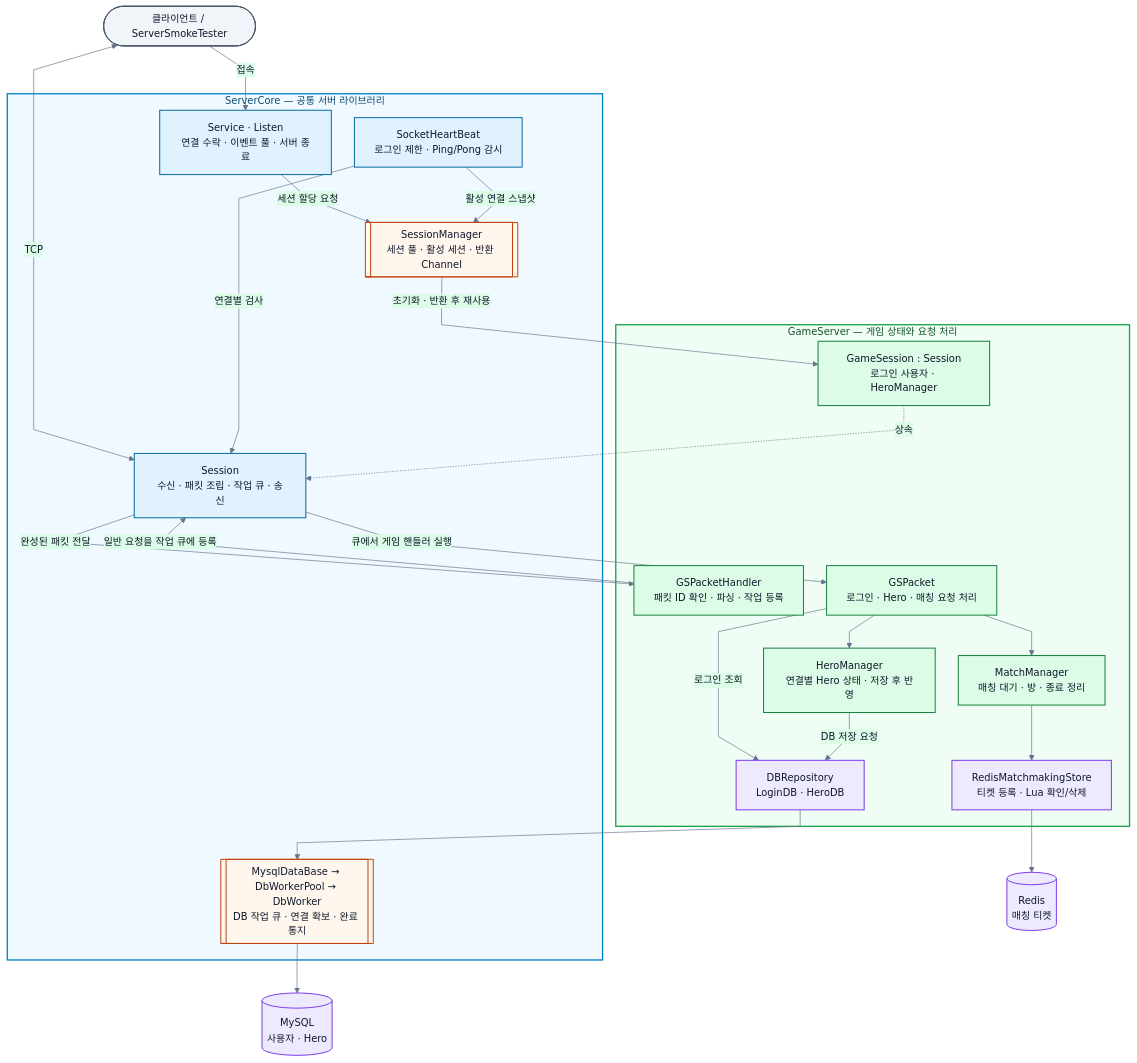
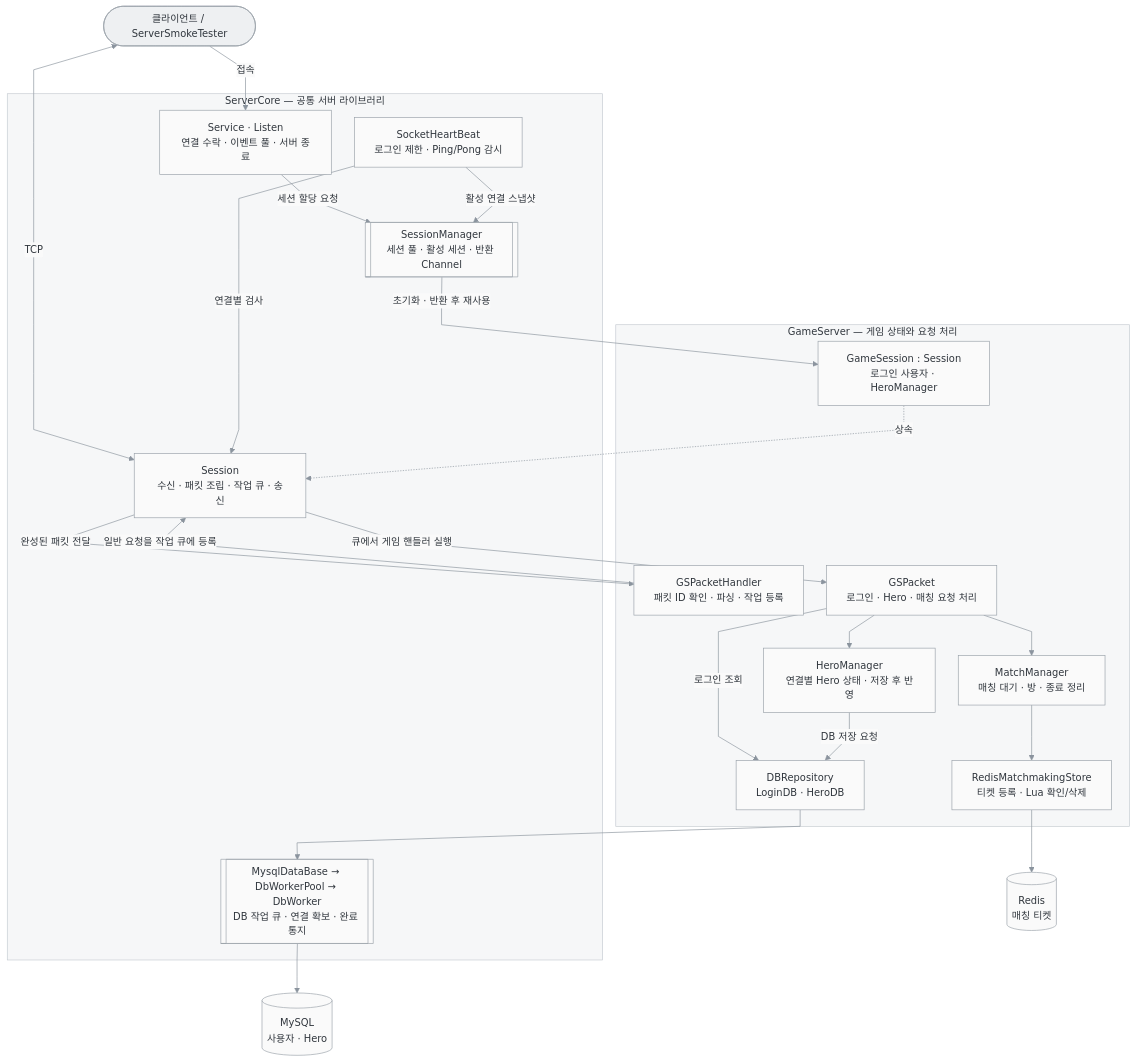
One commit to GodDongjin/CSharpServer_Portfolio changed the diagram in README.md. Above: the diagram before and after it, drawn with Mermaid. The commit also changed other lines of this file, not shown here.

Commit message:
docs: use restrained neutral diagram styling

````diff
--- a/README.md
+++ b/README.md
@@ -13,55 +13,55 @@
 ```mermaid
-%%{init: {"theme": "base", "themeVariables": {"fontFamily": "Segoe UI, Malgun Gothic, sans-serif", "fontSize": "15px", "primaryColor": "#e0f2fe", "primaryTextColor": "#0f172a", "primaryBorderColor": "#0369a1", "lineColor": "#64748b", "secondaryColor": "#dcfce7", "tertiaryColor": "#f8fafc", "textColor": "#0f172a", "actorBkg": "#e0f2fe", "actorBorder": "#0369a1", "actorTextColor": "#0f172a", "signalColor": "#475569", "signalTextColor": "#0f172a", "noteBkgColor": "#fef3c7", "noteTextColor": "#0f172a", "noteBorderColor": "#a16207", "labelBoxBkgColor": "#f1f5f9", "labelTextColor": "#0f172a"}, "flowchart": {"curve": "linear", "nodeSpacing": 35, "rankSpacing": 50}, "sequence": {"mirrorActors": false, "actorMargin": 35, "messageMargin": 30}}}%%
+%%{init: {"theme": "base", "themeVariables": {"fontFamily": "Segoe UI, Malgun Gothic, sans-serif", "fontSize": "15px", "primaryColor": "#fafafa", "primaryTextColor": "#30363d", "primaryBorderColor": "#8b949e", "lineColor": "#8b949e", "secondaryColor": "#f2f3f4", "tertiaryColor": "#fafafa", "textColor": "#30363d", "actorBkg": "#f6f7f8", "actorBorder": "#8b949e", "actorTextColor": "#30363d", "signalColor": "#8b949e", "signalTextColor": "#30363d", "noteBkgColor": "#f6f7f8", "noteTextColor": "#30363d", "noteBorderColor": "#8b949e", "labelBoxBkgColor": "#f6f7f8", "labelTextColor": "#30363d", "clusterBkg": "#f6f7f8", "clusterBorder": "#c5cbd1", "edgeLabelBackground": "#fafafa", "activationBkgColor": "#e6e8eb", "activationBorderColor": "#8b949e", "sequenceNumberColor": "#ffffff"}, "flowchart": {"curve": "linear", "nodeSpacing": 35, "rankSpacing": 50}, "sequence": {"mirrorActors": false, "actorMargin": 35, "messageMargin": 30}}}%%
 flowchart TB
     Client(["클라이언트 / ServerSmokeTester"])
     subgraph Core["ServerCore — 공통 서버 라이브러리"]
         Service["Service · Listen<br/>연결 수락 · 이벤트 풀 · 서버 종료"]
         Manager[["SessionManager<br/>세션 풀 · 활성 세션 · 반환 Channel"]]
         Session["Session<br/>수신 · 패킷 조립 · 작업 큐 · 송신"]
         Heartbeat["SocketHeartBeat<br/>로그인 제한 · Ping/Pong 감시"]
         DB[["MysqlDataBase → DbWorkerPool → DbWorker<br/>DB 작업 큐 · 연결 확보 · 완료 통지"]]
     end
     subgraph Game["GameServer — 게임 상태와 요청 처리"]
         GameSession["GameSession : Session<br/>로그인 사용자 · HeroManager"]
         Handler["GSPacketHandler<br/>패킷 ID 확인 · 파싱 · 작업 등록"]
         Packet["GSPacket<br/>로그인 · Hero · 매칭 요청 처리"]
         Hero["HeroManager<br/>연결별 Hero 상태 · 저장 후 반영"]
         Repo["DBRepository<br/>LoginDB · HeroDB"]
         Match["MatchManager<br/>매칭 대기 · 방 · 종료 정리"]
         Store["RedisMatchmakingStore<br/>티켓 등록 · Lua 확인/삭제"]
     end
     MySQL[("MySQL<br/>사용자 · Hero")]
     Redis[("Redis<br/>매칭 티켓")]
     Client -->|접속| Service
     Service -->|세션 할당 요청| Manager
     Manager -->|초기화 · 반환 후 재사용| GameSession
     GameSession -.->|상속| Session
     Client <-->|TCP| Session
     Heartbeat -->|활성 연결 스냅샷| Manager
     Heartbeat -->|연결별 검사| Session
     Session -->|완성된 패킷 전달| Handler
     Handler -->|일반 요청을 작업 큐에 등록| Session
     Session -->|큐에서 게임 핸들러 실행| Packet
     Packet --> Hero
     Packet -->|로그인 조회| Repo
     Hero -->|DB 저장 요청| Repo
     Repo --> DB
     DB --> MySQL
     Packet --> Match
     Match --> Store
     Store --> Redis
-    classDef network fill:#e0f2fe,stroke:#0369a1,color:#0f172a,stroke-width:1.5px
-    classDef game fill:#dcfce7,stroke:#15803d,color:#0f172a,stroke-width:1.5px
-    classDef storage fill:#ede9fe,stroke:#7c3aed,color:#0f172a,stroke-width:1.5px
-    classDef queue fill:#fff7ed,stroke:#c2410c,color:#0f172a,stroke-width:1.5px
-    classDef decision fill:#fef3c7,stroke:#a16207,color:#0f172a,stroke-width:1.5px
-    classDef error fill:#fee2e2,stroke:#b91c1c,color:#0f172a,stroke-width:1.5px
-    classDef terminal fill:#f1f5f9,stroke:#475569,color:#0f172a,stroke-width:1.5px
+    classDef network fill:#fafafa,stroke:#9aa2aa,color:#30363d,stroke-width:1px
+    classDef game fill:#fafafa,stroke:#9aa2aa,color:#30363d,stroke-width:1px
+    classDef storage fill:#fafafa,stroke:#9aa2aa,color:#30363d,stroke-width:1px
+    classDef queue fill:#fafafa,stroke:#9aa2aa,color:#30363d,stroke-width:1px
+    classDef decision fill:#eef0f2,stroke:#9aa2aa,color:#30363d,stroke-width:1px
+    classDef error fill:#fafafa,stroke:#9aa2aa,color:#30363d,stroke-width:1px
+    classDef terminal fill:#eef0f2,stroke:#9aa2aa,color:#30363d,stroke-width:1px
     class Service,Session,Heartbeat network
     class GameSession,Handler,Packet,Hero,Match game
     class Repo,Store,MySQL,Redis storage
     class Manager,DB queue
     class Client terminal
-    style Core fill:#f0f9ff,stroke:#0284c7,stroke-width:2px,color:#0c4a6e
-    style Game fill:#f0fdf4,stroke:#16a34a,stroke-width:2px,color:#14532d
+    style Core fill:#f6f7f8,stroke:#c5cbd1,stroke-width:1px,color:#30363d
+    style Game fill:#f6f7f8,stroke:#c5cbd1,stroke-width:1px,color:#30363d
 ```
````
